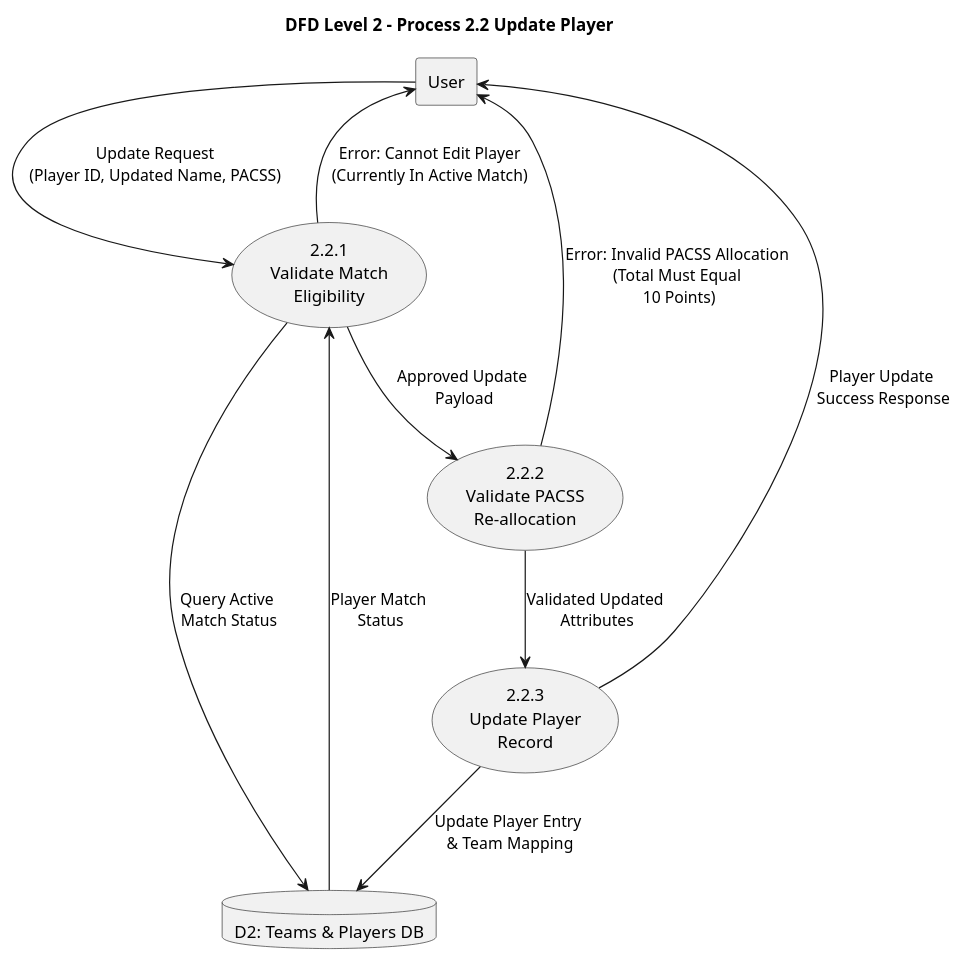
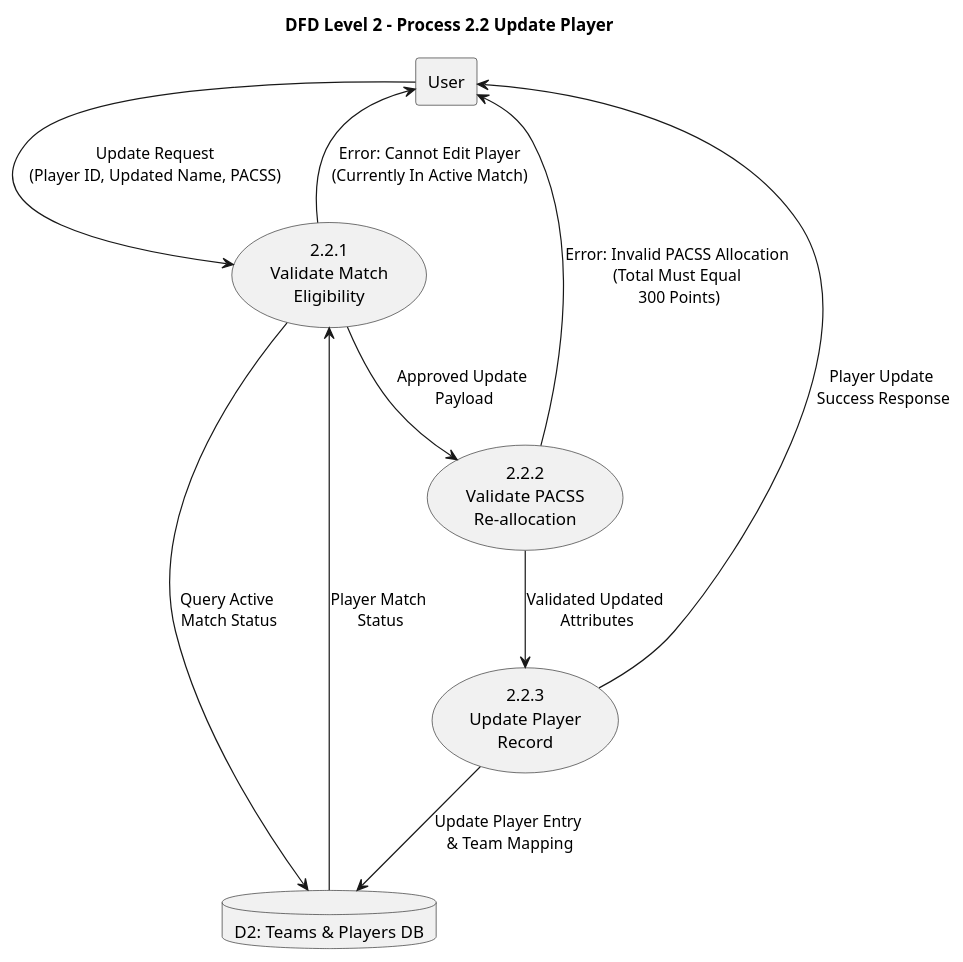
One commit to IngSoft1-futbot/ProyectDoc-Ing-Soft2026 changed the eighth of 13 diagrams in DFD.md. Above: the diagram before and after it, drawn with PlantUML. The commit also changed other lines of this file, not shown here.

````diff
--- a/DFD.md
+++ b/DFD.md
@@ -189,28 +189,28 @@
 ```plantuml
 @startuml
 title DFD Level 2 - Process 2.2 Update Player
 
 rectangle "User" as Us
 database "D2: Teams & Players DB" as DB2
 
 usecase "2.2.1\nValidate Match\nEligibility" as P1
 usecase "2.2.2\nValidate PACSS\nRe-allocation" as P2
 usecase "2.2.3\nUpdate Player\nRecord" as P3
 
 ' Step 1: Match Lock Check
 Us --> P1 : Update Request\n(Player ID, Updated Name, PACSS)
 P1 --> DB2 : Query Active\n Match Status
 DB2 --> P1 : Player Match\n Status
 P1 --> Us : Error: Cannot Edit Player\n(Currently In Active Match)
 P1 --> P2 : Approved Update\n Payload
 
 ' Step 2: PACSS Validation
-P2 --> Us : Error: Invalid PACSS Allocation\n(Total Must Equal\n 10 Points)
+P2 --> Us : Error: Invalid PACSS Allocation\n(Total Must Equal\n 300 Points)
 P2 --> P3 : Validated Updated\n Attributes
 
 ' Step 3: Database Persistence & Output
 P3 --> DB2 : Update Player Entry \n& Team Mapping
 P3 --> Us : Player Update \nSuccess Response
 
 @enduml
 ```
````
